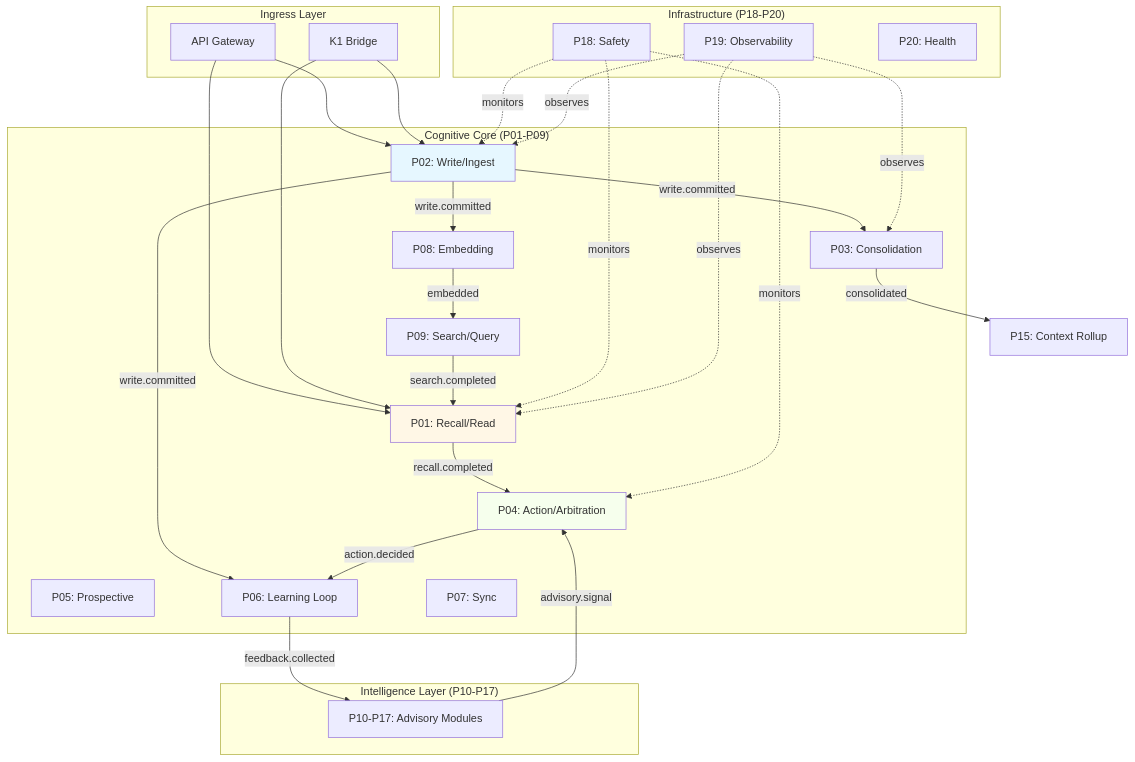
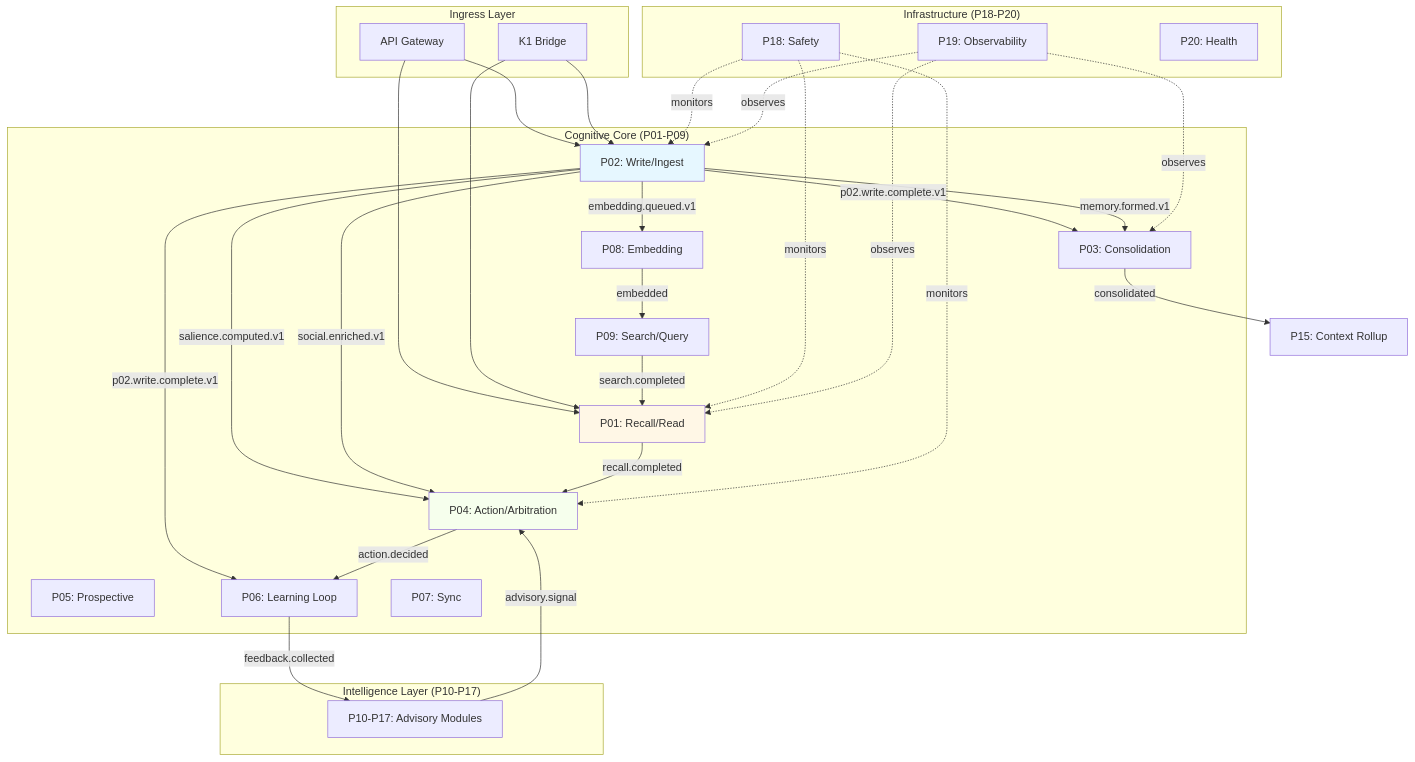
One commit to Pkansagra-hub/family-os changed the eighth of 10 diagrams in k0/pipelines/k0_architecture_master.md. Above: the diagram before and after it, drawn with Mermaid. The commit also changed other lines of this file and 41 other files, not shown here.

````diff
--- a/k0/pipelines/k0_architecture_master.md
+++ b/k0/pipelines/k0_architecture_master.md
@@ -2424,60 +2432,63 @@
 ```mermaid
 graph TD
     subgraph "Ingress Layer"
         API[API Gateway]
         K1[K1 Bridge]
     end
 
     subgraph "Cognitive Core (P01-P09)"
         P01[P01: Recall/Read]
         P02[P02: Write/Ingest]
         P03[P03: Consolidation]
         P04[P04: Action/Arbitration]
         P05[P05: Prospective]
         P06[P06: Learning Loop]
         P07[P07: Sync]
         P08[P08: Embedding]
         P09[P09: Search/Query]
     end
 
     subgraph "Intelligence Layer (P10-P17)"
         P10[P10-P17: Advisory Modules]
     end
 
     subgraph "Infrastructure (P18-P20)"
         P18[P18: Safety]
         P19[P19: Observability]
         P20[P20: Health]
     end
 
     API --> P02
     API --> P01
     K1 --> P02
     K1 --> P01
 
-    P02 -->|write.committed| P03
-    P02 -->|write.committed| P08
-    P02 -->|write.committed| P06
+    P02 -->|p02.write.complete.v1| P03
+    P02 -->|memory.formed.v1| P03
+    P02 -->|embedding.queued.v1| P08
+    P02 -->|salience.computed.v1| P04
+    P02 -->|social.enriched.v1| P04
+    P02 -->|p02.write.complete.v1| P06
 
     P03 -->|consolidated| P15[P15: Context Rollup]
     P08 -->|embedded| P09
     P09 -->|search.completed| P01
 
     P01 -->|recall.completed| P04
     P10 -->|advisory.signal| P04
     P04 -->|action.decided| P06
 
     P06 -->|feedback.collected| P10
 
     P18 -.->|monitors| P01
     P18 -.->|monitors| P02
     P18 -.->|monitors| P04
 
     P19 -.->|observes| P01
     P19 -.->|observes| P02
     P19 -.->|observes| P03
 
     style P02 fill:#e6f7ff
     style P01 fill:#fff7e6
     style P04 fill:#f6ffed
 ```
````
